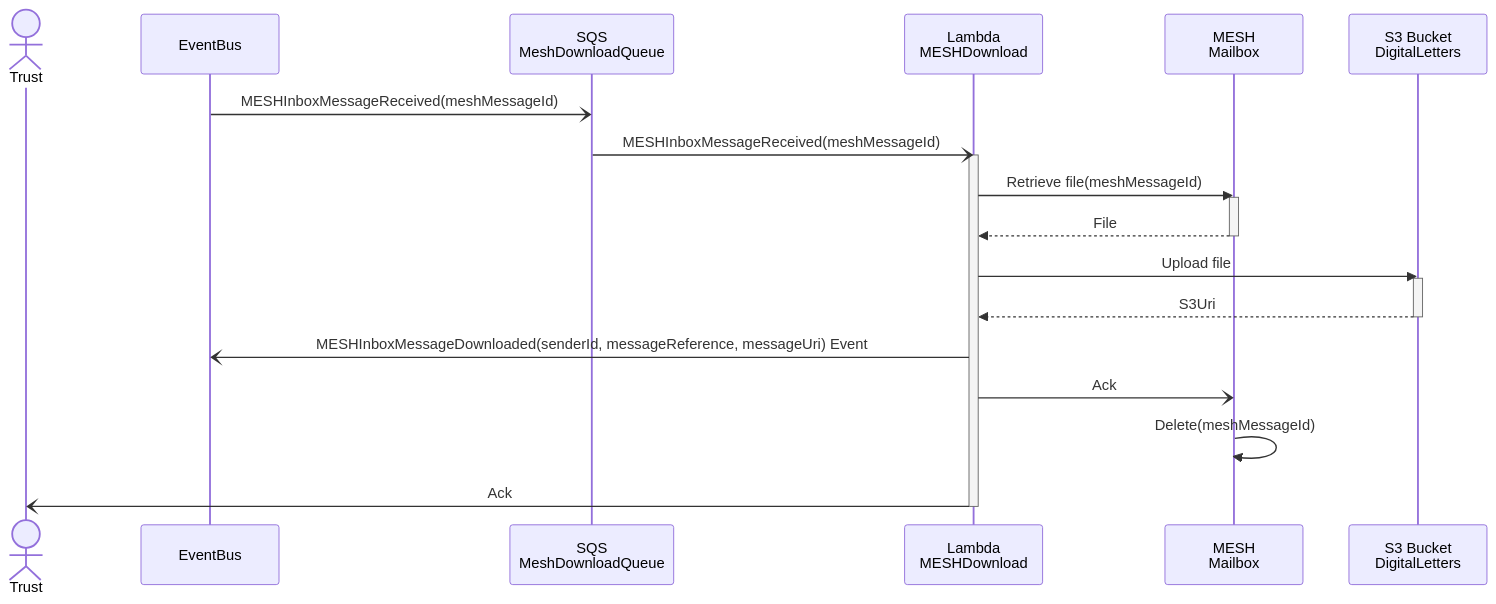
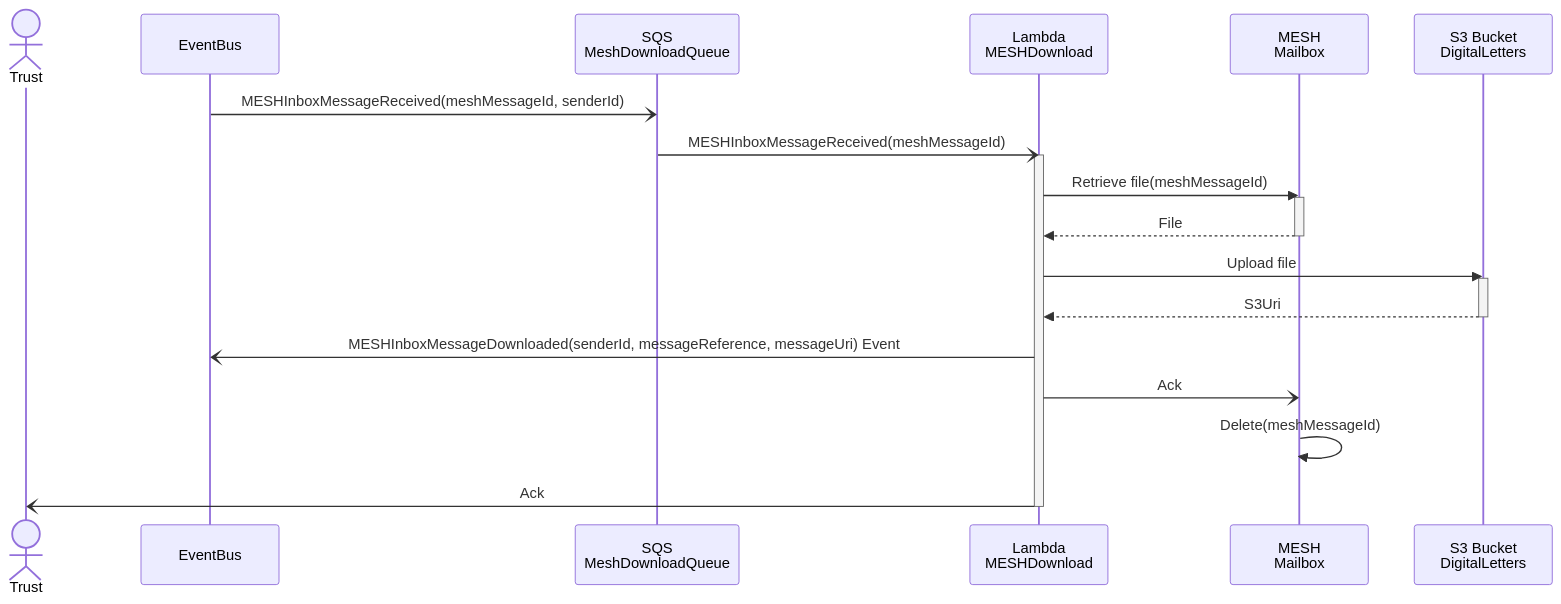
The diagram in docs/collections/_diagrams/sequence-mesh-download.md (NHSDigital/nhs-notify-digital-letters), drawn with Mermaid before and after one commit.

````diff
--- a/docs/collections/_diagrams/sequence-mesh-download.md
+++ b/docs/collections/_diagrams/sequence-mesh-download.md
@@ -7,27 +7,27 @@
 ```mermaid
 
 sequenceDiagram
   actor trust as Trust
   participant eventBus as EventBus
   participant sqs as SQS<br/>MeshDownloadQueue
   participant meshDownload  as Lambda<br/>MESHDownload
   participant meshMailbox as MESH<br/>Mailbox
   participant s3 as S3 Bucket<br/>DigitalLetters
 
-  eventBus -) sqs: MESHInboxMessageReceived(meshMessageId)
+  eventBus -) sqs: MESHInboxMessageReceived(meshMessageId, senderId)
   sqs -) meshDownload: MESHInboxMessageReceived(meshMessageId)
   activate meshDownload
     meshDownload ->> meshMailbox: Retrieve file(meshMessageId)
     activate meshMailbox
       meshMailbox -->> meshDownload: File
     deactivate meshMailbox
     meshDownload ->> s3: Upload file
     activate s3
       s3 -->> meshDownload: S3Uri
     deactivate s3
     meshDownload -) eventBus: MESHInboxMessageDownloaded(senderId, messageReference, messageUri) Event
     meshDownload -) meshMailbox: Ack
     meshMailbox ->> meshMailbox: Delete(meshMessageId)
     meshDownload -) trust: Ack
   deactivate meshDownload
 ```
````
